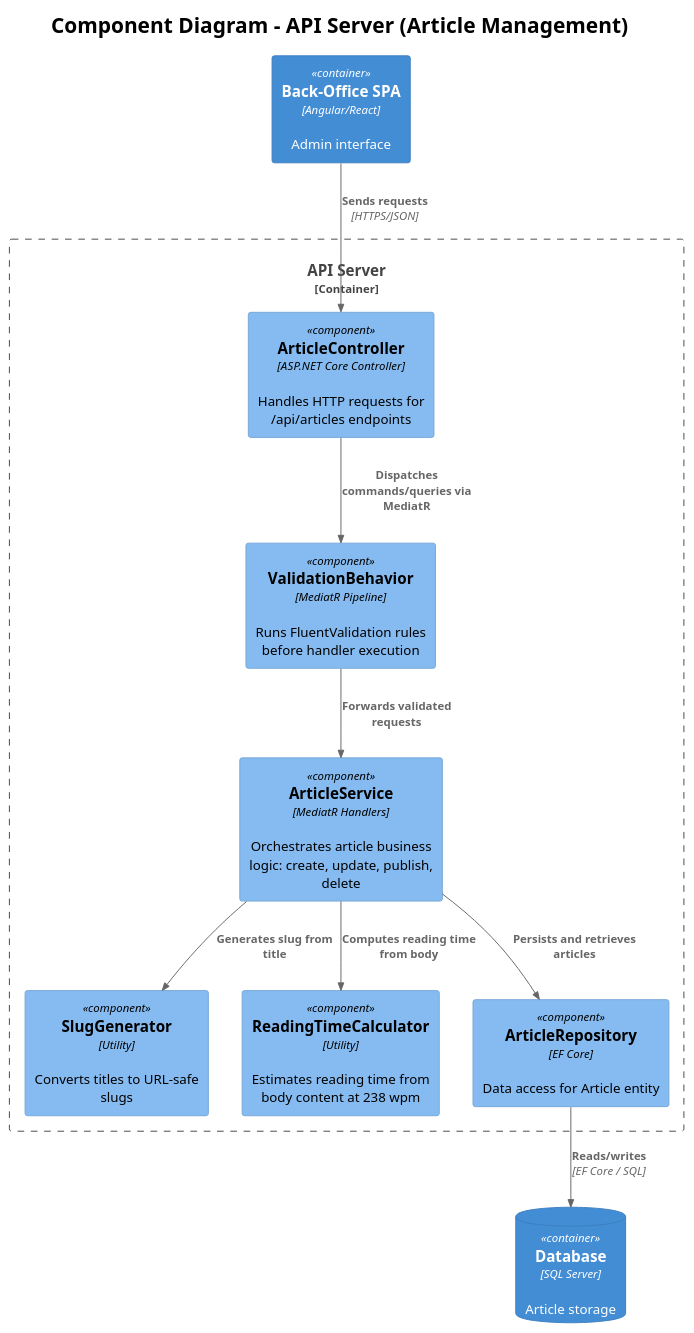
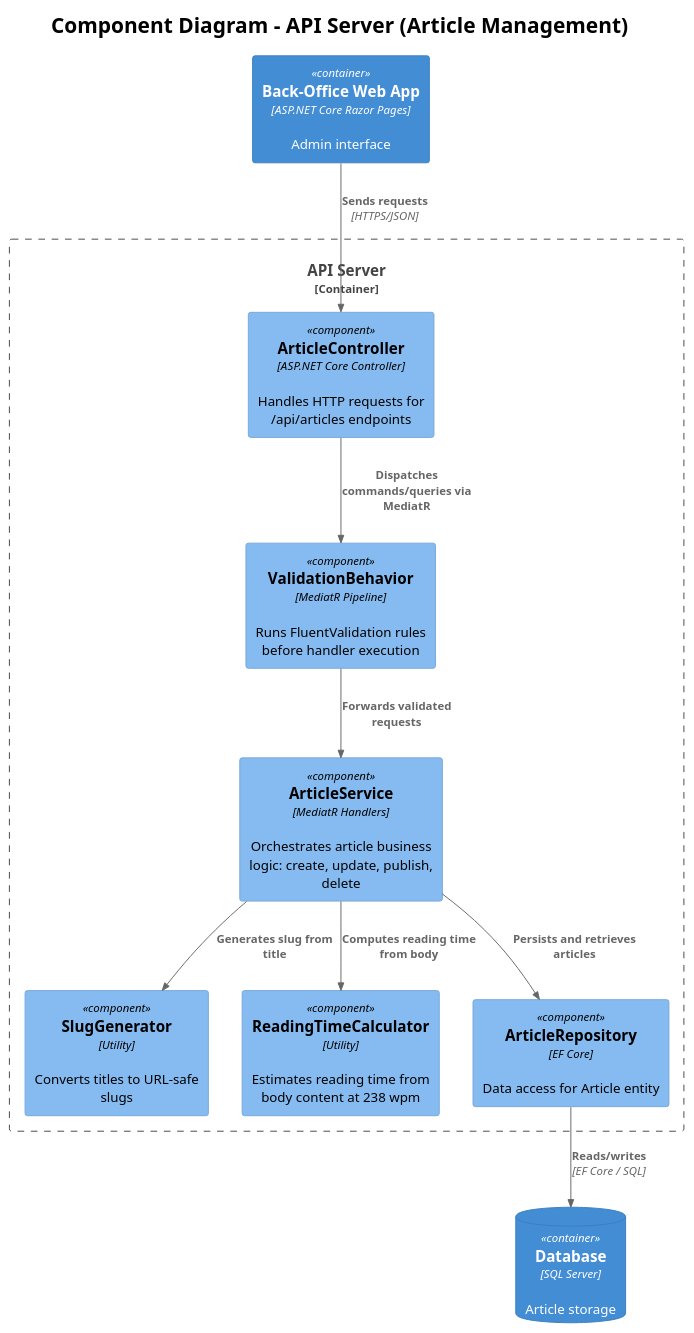
One commit to QuinntyneBrown/Blog changed the diagram in docs/detailed-designs/02-article-management/diagrams/c4_component.puml. Above: the diagram before and after it, drawn with PlantUML. The commit also changed 18 other files, not shown here.

```diff
--- a/docs/detailed-designs/02-article-management/diagrams/c4_component.puml
+++ b/docs/detailed-designs/02-article-management/diagrams/c4_component.puml
@@ -1,27 +1,27 @@
 @startuml c4_component
 !theme plain
 !include <C4/C4_Component>
 
 title Component Diagram - API Server (Article Management)
 
-Container(spa, "Back-Office SPA", "Angular/React", "Admin interface")
+Container(web, "Back-Office Web App", "ASP.NET Core Razor Pages", "Admin interface")
 ContainerDb(db, "Database", "SQL Server", "Article storage")
 
 Container_Boundary(api, "API Server") {
     Component(controller, "ArticleController", "ASP.NET Core Controller", "Handles HTTP requests for /api/articles endpoints")
     Component(validation, "ValidationBehavior", "MediatR Pipeline", "Runs FluentValidation rules before handler execution")
     Component(service, "ArticleService", "MediatR Handlers", "Orchestrates article business logic: create, update, publish, delete")
     Component(slugGen, "SlugGenerator", "Utility", "Converts titles to URL-safe slugs")
     Component(readingTime, "ReadingTimeCalculator", "Utility", "Estimates reading time from body content at 238 wpm")
     Component(repo, "ArticleRepository", "EF Core", "Data access for Article entity")
 }
 
-Rel(spa, controller, "Sends requests", "HTTPS/JSON")
+Rel(web, controller, "Sends requests", "HTTPS/JSON")
 Rel(controller, validation, "Dispatches commands/queries via MediatR")
 Rel(validation, service, "Forwards validated requests")
 Rel(service, slugGen, "Generates slug from title")
 Rel(service, readingTime, "Computes reading time from body")
 Rel(service, repo, "Persists and retrieves articles")
 Rel(repo, db, "Reads/writes", "EF Core / SQL")
 
 @enduml
```
